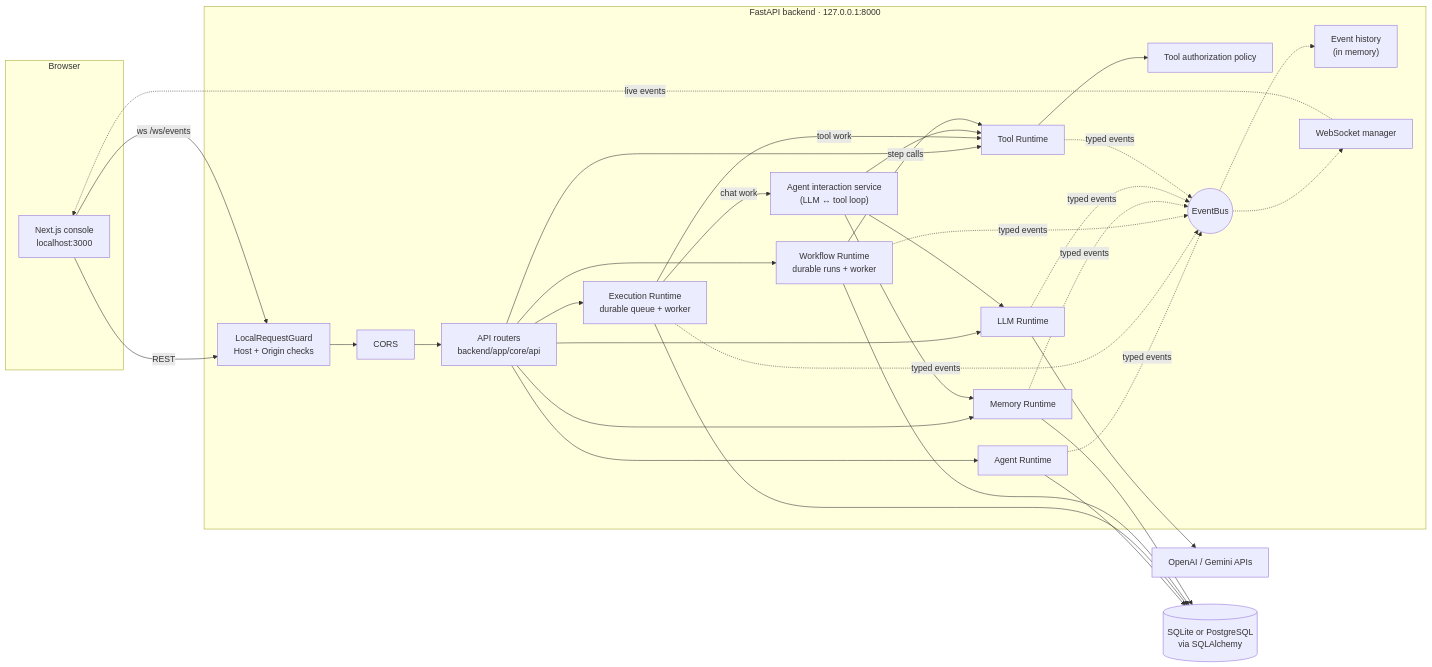
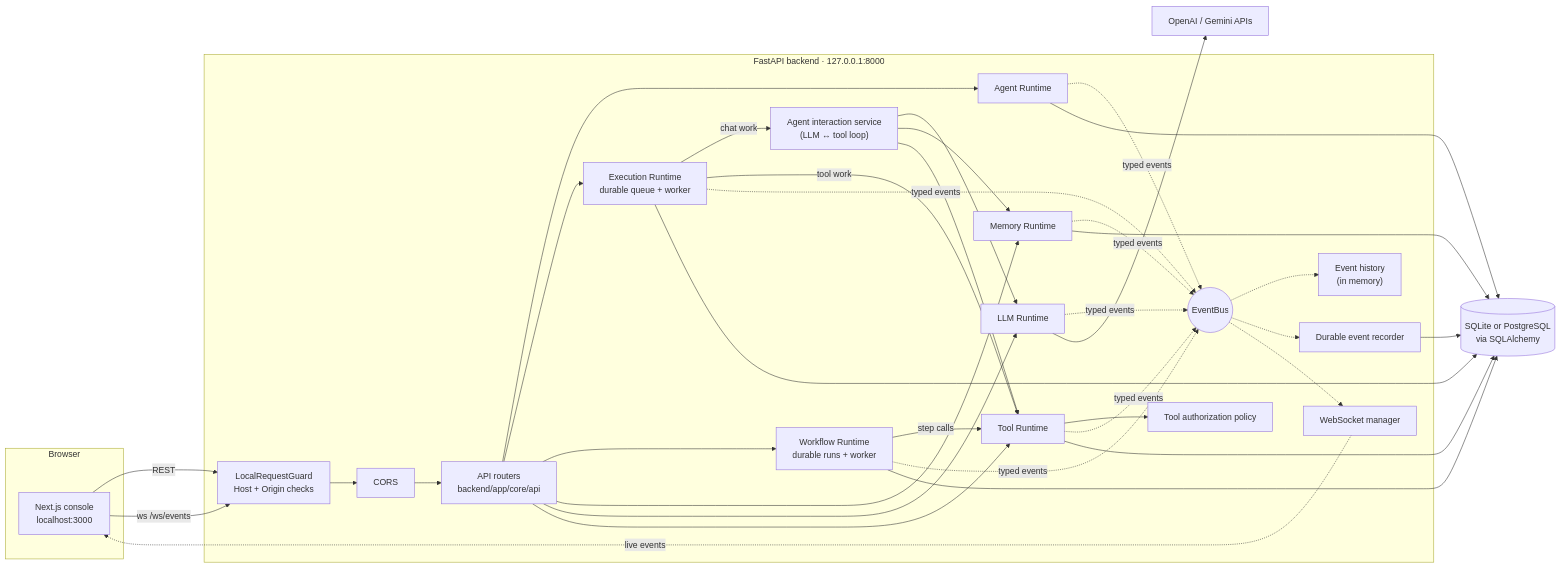
The first of 3 diagrams in README.md (Yu-v-Raj/Genesis), drawn with Mermaid before and after one commit. The commit also changed other lines of this file and 89 other files, not shown here.

````diff
--- a/README.md
+++ b/README.md
@@ -75,36 +75,37 @@
 ```mermaid
 flowchart LR
     subgraph Browser
         UI["Next.js console<br/>localhost:3000"]
     end
 
     subgraph Backend["FastAPI backend · 127.0.0.1:8000"]
         Guard["LocalRequestGuard<br/>Host + Origin checks"] --> CORS["CORS"] --> API["API routers<br/>backend/app/core/api"]
 
         API --> AgentRT["Agent Runtime"]
         API --> ExecRT["Execution Runtime<br/>durable queue + worker"]
         API --> WfRT["Workflow Runtime<br/>durable runs + worker"]
         API --> MemRT["Memory Runtime"]
         API --> LLMRT["LLM Runtime"]
         API --> ToolRT["Tool Runtime"]
 
         ExecRT -- "chat work" --> Interaction["Agent interaction service<br/>(LLM ↔ tool loop)"]
         ExecRT -- "tool work" --> ToolRT
         Interaction --> LLMRT
         Interaction --> MemRT
         Interaction --> ToolRT
         WfRT -- "step calls" --> ToolRT
         ToolRT --> Policy["Tool authorization policy"]
 
         Bus(("EventBus"))
         AgentRT & ExecRT & WfRT & MemRT & LLMRT & ToolRT -. "typed events" .-> Bus
         Bus -.-> History["Event history<br/>(in memory)"]
+        Bus -.-> Recorder["Durable event recorder"]
         Bus -.-> WS["WebSocket manager"]
     end
 
     UI -- "REST" --> Guard
     UI -- "ws /ws/events" --> Guard
     WS -. "live events" .-> UI
     LLMRT --> Providers["OpenAI / Gemini APIs"]
-    AgentRT & ExecRT & WfRT & MemRT --> DB[("SQLite or PostgreSQL<br/>via SQLAlchemy")]
+    AgentRT & ExecRT & WfRT & MemRT & ToolRT & Recorder --> DB[("SQLite or PostgreSQL<br/>via SQLAlchemy")]
 ```
````
